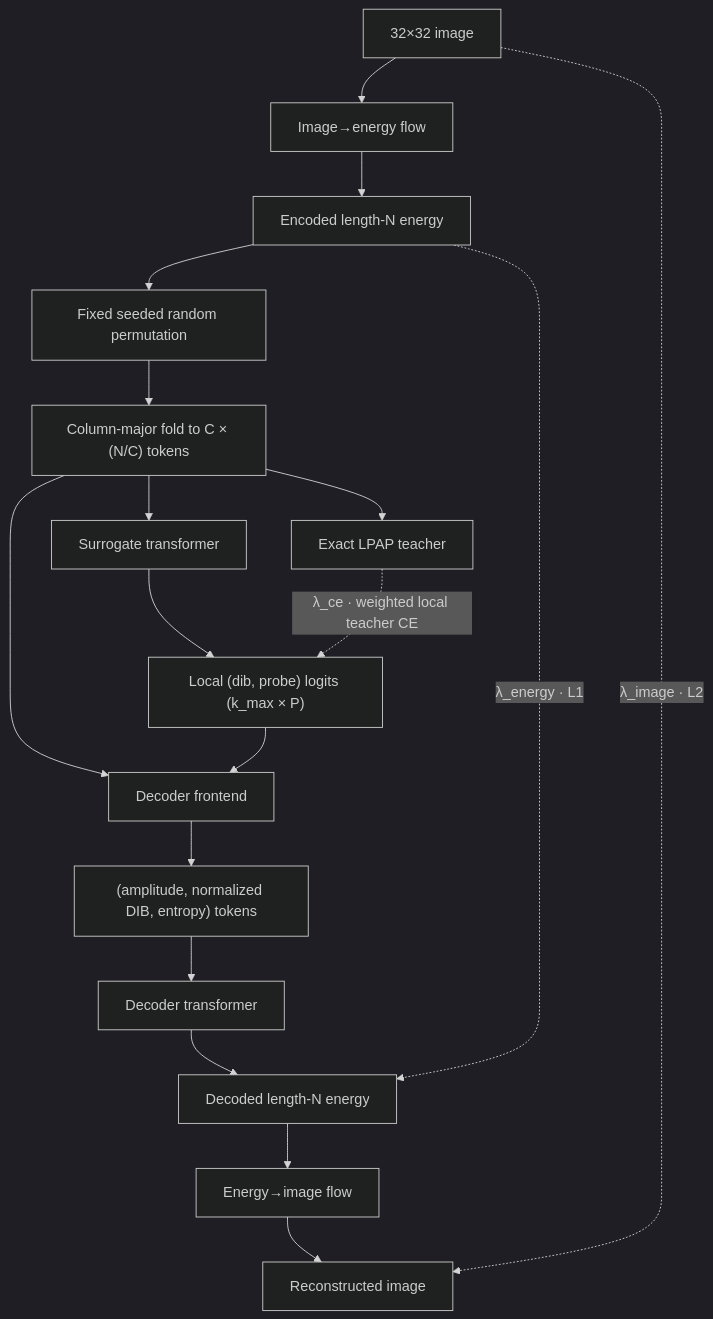
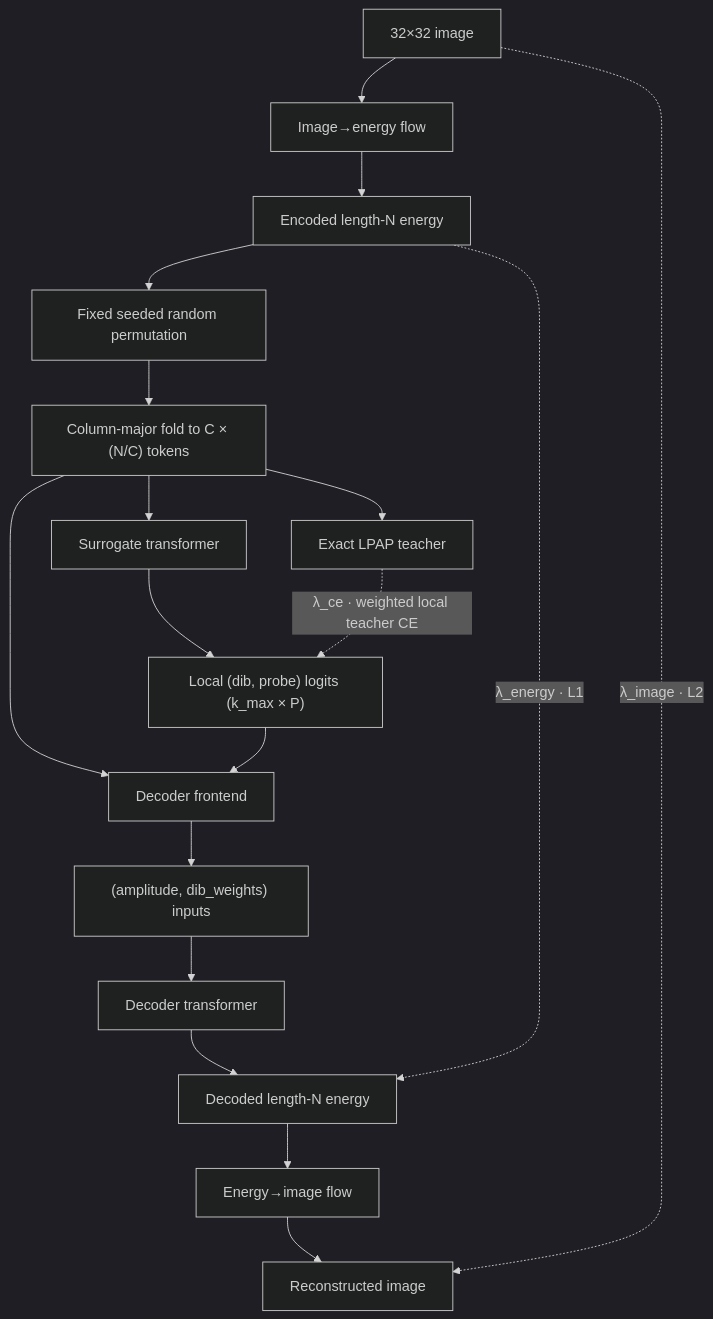
Before and after one commit to matovitch/lpap: the diagram in doc/lpap.md, drawn with Mermaid (dark theme). The commit also changed other lines of this file and 28 other files, not shown here.

````diff
--- a/doc/lpap.md
+++ b/doc/lpap.md
@@ -73,27 +75,27 @@
 ```mermaid
 flowchart TD
     image[32×32 image]
     i2e[Image→energy flow]
     energy[Encoded length-N energy]
     permute[Fixed seeded random permutation]
     fold["Column-major fold to C × (N/C) tokens"]
     surrogate[Surrogate transformer]
     teacher[Exact LPAP teacher]
     logits["Local (dib, probe) logits (k_max × P)"]
     frontend[Decoder frontend]
-    tokens["(amplitude, normalized DIB, entropy) tokens"]
+    tokens["(amplitude, dib_weights) inputs"]
     decoder[Decoder transformer]
     recon[Decoded length-N energy]
     e2i[Energy→image flow]
     image_hat[Reconstructed image]
 
     image --> i2e --> energy --> permute --> fold
     fold --> surrogate --> logits
     fold --> teacher
     teacher -. "λ_ce · weighted local teacher CE" .-> logits
     fold --> frontend
     logits --> frontend --> tokens --> decoder --> recon
     recon --> e2i --> image_hat
     energy -. "λ_energy · L1" .-> recon
     image -. "λ_image · L2" .-> image_hat
 ```
````
